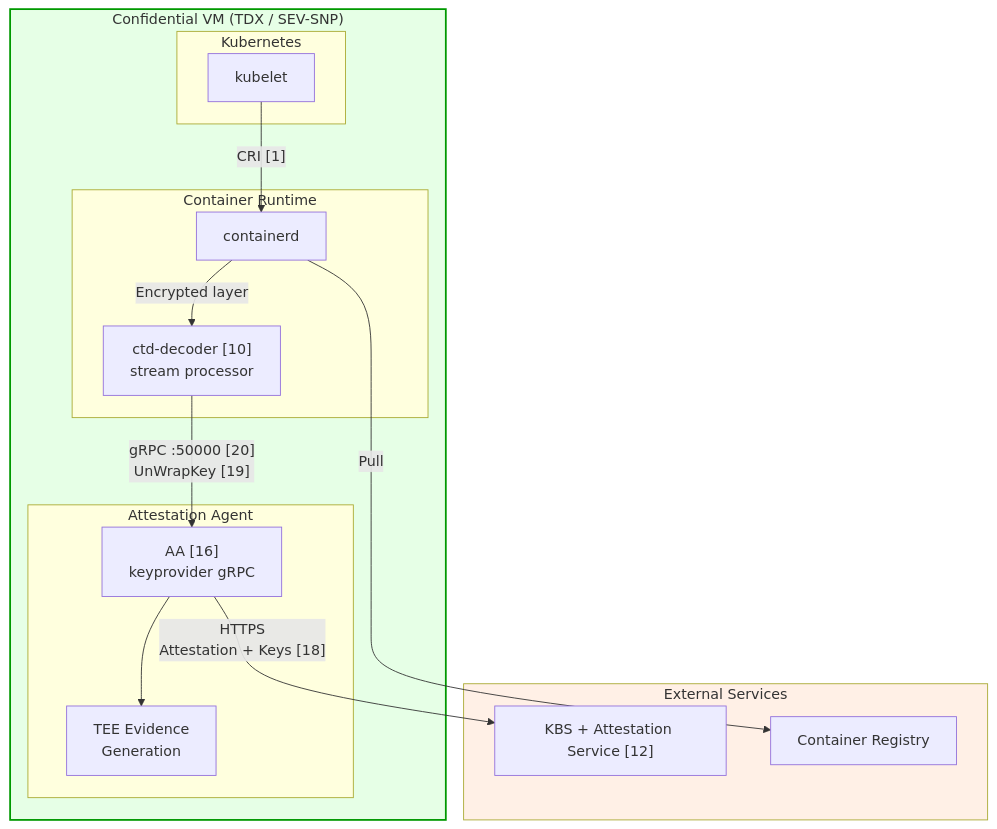
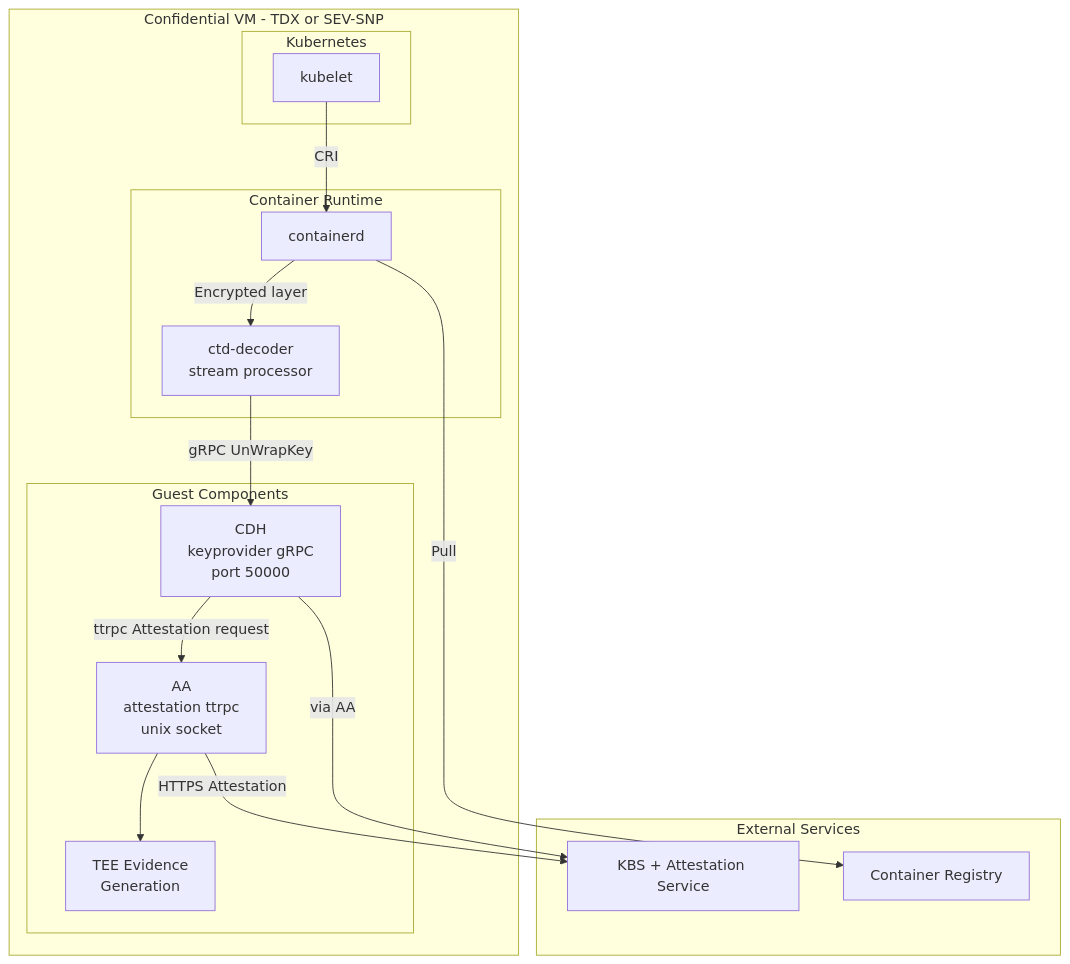
One commit to scontain/encrypted_container_images changed the eighth of 15 diagrams in PROPOSAL.md. Above: the diagram before and after it, drawn with Mermaid. The commit also changed other lines of this file, not shown here.

````diff
--- a/PROPOSAL.md
+++ b/PROPOSAL.md
@@ -396,34 +390,34 @@
 ```mermaid
 flowchart TB
-    subgraph CVM["Confidential VM (TDX / SEV-SNP)"]
+    subgraph CVM["Confidential VM - TDX or SEV-SNP"]
         subgraph K8s["Kubernetes"]
             KL[kubelet]
         end
-        
+
         subgraph Runtime["Container Runtime"]
             CD[containerd]
-            CTD["ctd-decoder [10]<br/>stream processor"]
+            CTD["ctd-decoder<br/>stream processor"]
         end
-        
-        subgraph AA_Box["Attestation Agent"]
-            AA["AA [16]<br/>keyprovider gRPC"]
+
+        subgraph GuestComponents["Guest Components"]
+            CDH["CDH<br/>keyprovider gRPC<br/>port 50000"]
+            AA["AA<br/>attestation ttrpc<br/>unix socket"]
             TEE[TEE Evidence<br/>Generation]
         end
     end
-    
+
     subgraph External["External Services"]
-        KBS["KBS + Attestation Service [12]"]
+        KBS["KBS + Attestation Service"]
         REG[Container Registry]
     end
-    
-    KL -->|"CRI [1]"| CD
+
+    KL -->|"CRI"| CD
     CD -->|"Encrypted layer"| CTD
-    CTD -->|"gRPC :50000 [20]<br/>UnWrapKey [19]"| AA
+    CTD -->|"gRPC UnWrapKey"| CDH
+    CDH -->|"ttrpc Attestation request"| AA
     AA --> TEE
-    
+
     CD -->|"Pull"| REG
-    AA -->|"HTTPS<br/>Attestation + Keys [18]"| KBS
-    
-    style CVM fill:#E6FFE6,stroke:#009900,stroke-width:2px
-    style External fill:#FFF0E6
+    AA -->|"HTTPS Attestation"| KBS
+    CDH -->|"via AA"| KBS
 ```
````
